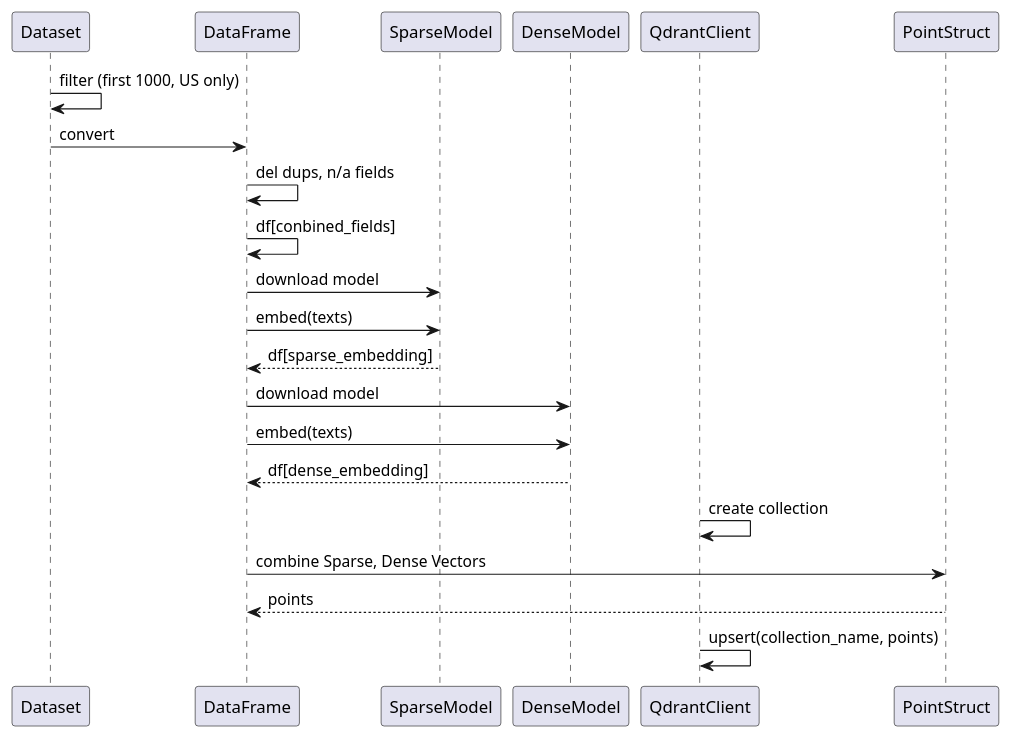
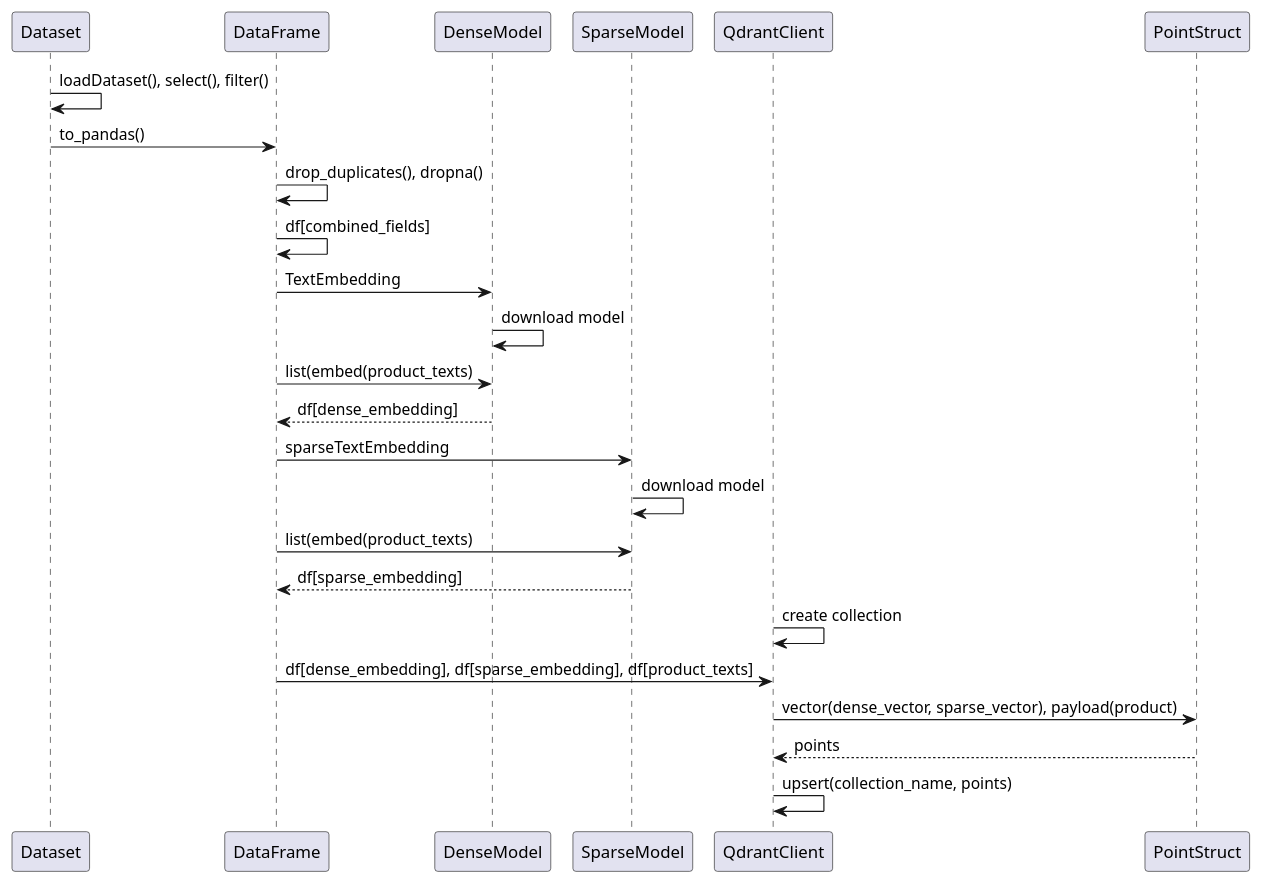
The diagram in week7/HybridSearch.puml (simple-sifu/AI_Demo), drawn with PlantUML before and after one commit. The commit also changed 1 other file, not shown here.

```diff
--- a/week7/HybridSearch.puml
+++ b/week7/HybridSearch.puml
@@ -1,16 +1,19 @@
 @startuml 
-Dataset -> Dataset: filter (first 1000, US only)
-Dataset -> DataFrame: convert 
-DataFrame -> DataFrame: del dups, n/a fields
-DataFrame -> DataFrame: df[conbined_fields]
-DataFrame -> SparseModel: download model
-DataFrame -> SparseModel: embed(texts) 
+Dataset -> Dataset: loadDataset(), select(), filter() 
+Dataset -> DataFrame: to_pandas()
+DataFrame -> DataFrame: drop_duplicates(), dropna()
+DataFrame -> DataFrame: df[combined_fields]
+DataFrame -> DenseModel: TextEmbedding
+DenseModel -> DenseModel: download model
+DataFrame -> DenseModel: list(embed(product_texts)
+DenseModel --> DataFrame: df[dense_embedding]
+DataFrame -> SparseModel: sparseTextEmbedding
+SparseModel -> SparseModel: download model
+DataFrame -> SparseModel: list(embed(product_texts) 
 SparseModel --> DataFrame: df[sparse_embedding]
-DataFrame -> DenseModel: download model
-DataFrame -> DenseModel: embed(texts)
-DenseModel --> DataFrame: df[dense_embedding]
 QdrantClient -> QdrantClient: create collection
-DataFrame -> PointStruct: combine Sparse, Dense Vectors
-PointStruct --> DataFrame: points 
+DataFrame -> QdrantClient: df[dense_embedding], df[sparse_embedding], df[product_texts]
+QdrantClient -> PointStruct: vector(dense_vector, sparse_vector), payload(product)
+PointStruct --> QdrantClient: points
 QdrantClient -> QdrantClient: upsert(collection_name, points)
 @enduml
```
